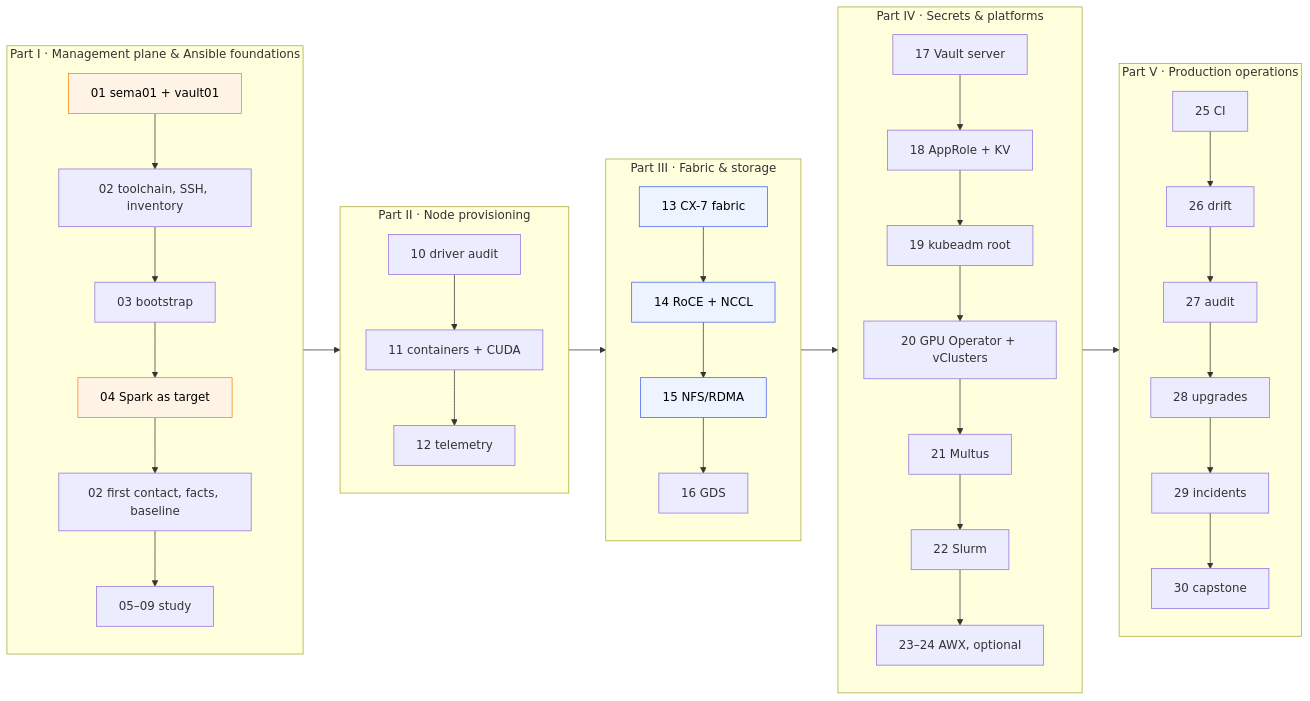
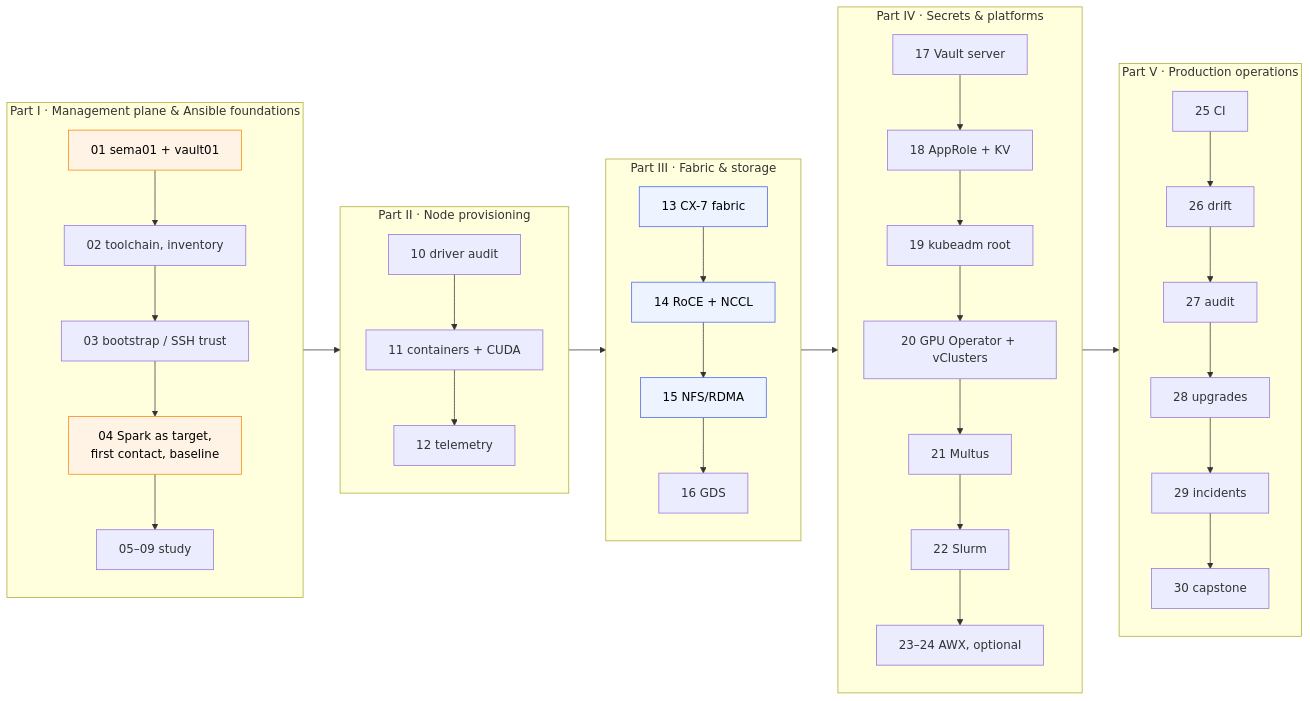
Before and after one commit to cloudone365/technical-depth: the diagram in 01-Ansible/00-ansible-step-by-step-guide.md, drawn with Mermaid. The commit also changed other lines of this file and 36 other files, not shown here.

````diff
--- a/01-Ansible/00-ansible-step-by-step-guide.md
+++ b/01-Ansible/00-ansible-step-by-step-guide.md
@@ -69,23 +69,23 @@
 ```mermaid
 flowchart LR
   subgraph P1["Part I · Management plane & Ansible foundations"]
-    S01[01 sema01 + vault01] --> S02a[02 toolchain, SSH, inventory] --> S03[03 bootstrap] --> S04[04 Spark as target] --> S02b[02 first contact, facts, baseline] --> S05[05–09 study]
+    S01[01 sema01 + vault01] --> S02[02 toolchain, inventory] --> S03[03 bootstrap / SSH trust] --> S04[04 Spark as target,<br/>first contact, baseline] --> S05[05–09 study]
   end
   subgraph P2["Part II · Node provisioning"]
     S10[10 driver audit] --> S11[11 containers + CUDA] --> S12[12 telemetry]
   end
   subgraph P3["Part III · Fabric & storage"]
     S13[13 CX-7 fabric] --> S14[14 RoCE + NCCL] --> S15[15 NFS/RDMA] --> S16[16 GDS]
   end
   subgraph P4["Part IV · Secrets & platforms"]
     S17[17 Vault server] --> S18[18 AppRole + KV] --> S19[19 kubeadm root] --> S20[20 GPU Operator + vClusters] --> S21[21 Multus] --> S22[22 Slurm] --> S23[23–24 AWX, optional]
   end
   subgraph P5["Part V · Production operations"]
     S25[25 CI] --> S26[26 drift] --> S27[27 audit] --> S28[28 upgrades] --> S29[29 incidents] --> S30[30 capstone]
   end
   P1 --> P2 --> P3 --> P4 --> P5
   classDef mgmt fill:#fff3e6,stroke:#fb8500,color:#000
   classDef two fill:#eef4ff,stroke:#4361ee,color:#000
   class S01,S04 mgmt
   class S13,S14,S15 two
 ```
````
